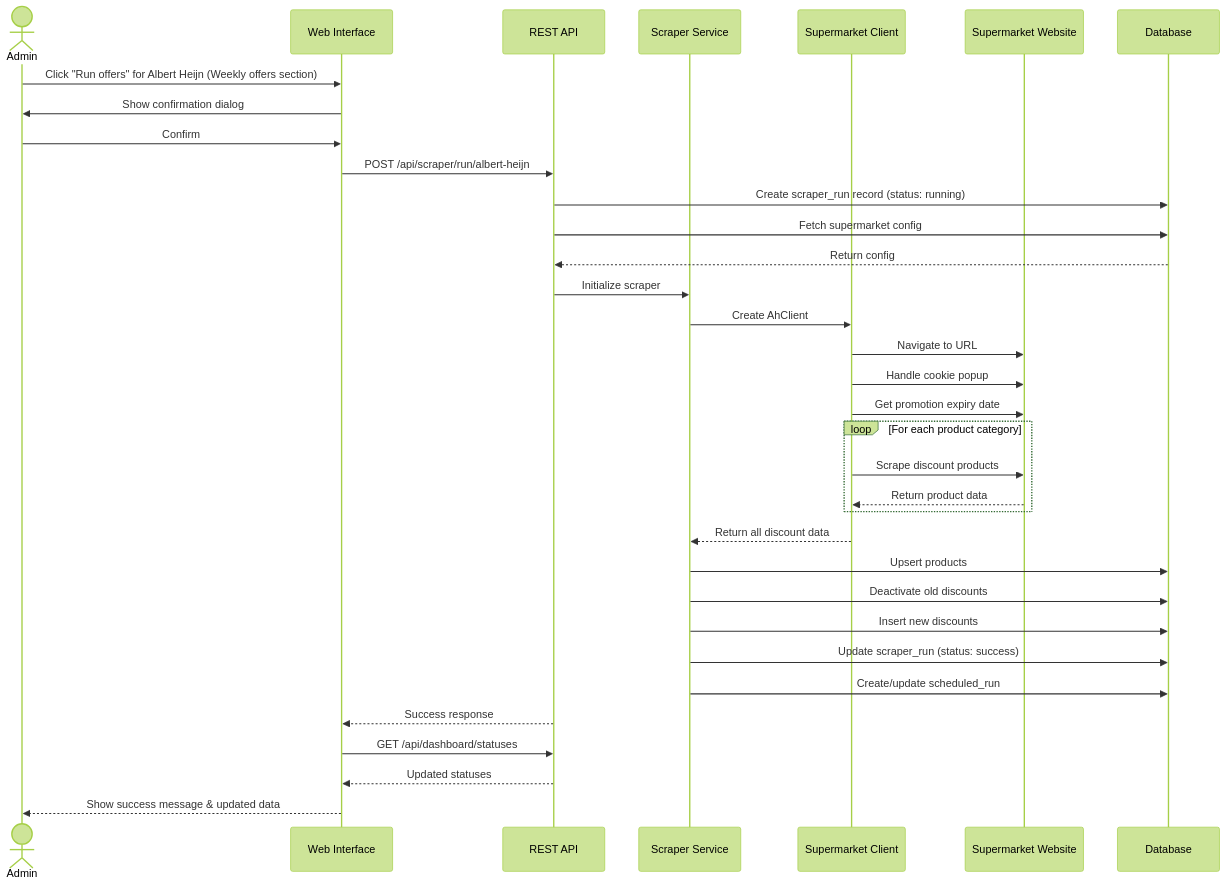
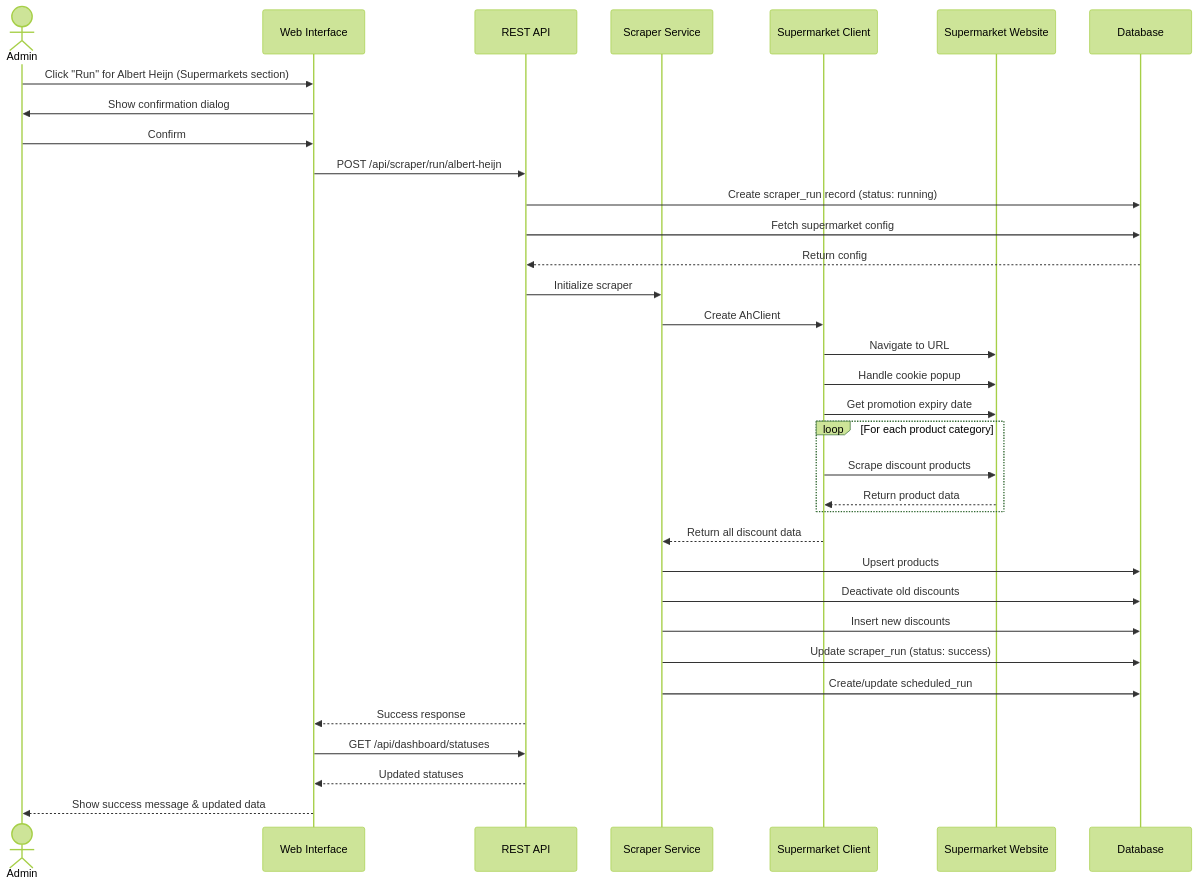
The first of 3 diagrams in docs/functional/offer-scraping.md (shelly-nas/supermarket-scraper), drawn with Mermaid (forest theme) before and after one commit. The commit also changed other lines of this file and 41 other files, not shown here.

````diff
--- a/docs/functional/offer-scraping.md
+++ b/docs/functional/offer-scraping.md
@@ -52,43 +52,43 @@
 ```mermaid
 sequenceDiagram
     actor Admin
     participant Web as Web Interface
     participant API as REST API
     participant Scraper as Scraper Service
     participant Client as Supermarket Client
     participant External as Supermarket Website
     participant DB as Database
 
-    Admin->>Web: Click "Run offers" for Albert Heijn (Weekly offers section)
+    Admin->>Web: Click "Run" for Albert Heijn (Supermarkets section)
     Web->>Admin: Show confirmation dialog
     Admin->>Web: Confirm
     Web->>API: POST /api/scraper/run/albert-heijn
 
     API->>DB: Create scraper_run record (status: running)
     API->>DB: Fetch supermarket config
     DB-->>API: Return config
 
     API->>Scraper: Initialize scraper
     Scraper->>Client: Create AhClient
     Client->>External: Navigate to URL
     Client->>External: Handle cookie popup
     Client->>External: Get promotion expiry date
 
     loop For each product category
         Client->>External: Scrape discount products
         External-->>Client: Return product data
     end
 
     Client-->>Scraper: Return all discount data
 
     Scraper->>DB: Upsert products
     Scraper->>DB: Deactivate old discounts
     Scraper->>DB: Insert new discounts
     Scraper->>DB: Update scraper_run (status: success)
     Scraper->>DB: Create/update scheduled_run
 
     API-->>Web: Success response
     Web->>API: GET /api/dashboard/statuses
     API-->>Web: Updated statuses
     Web-->>Admin: Show success message & updated data
 ```
````
